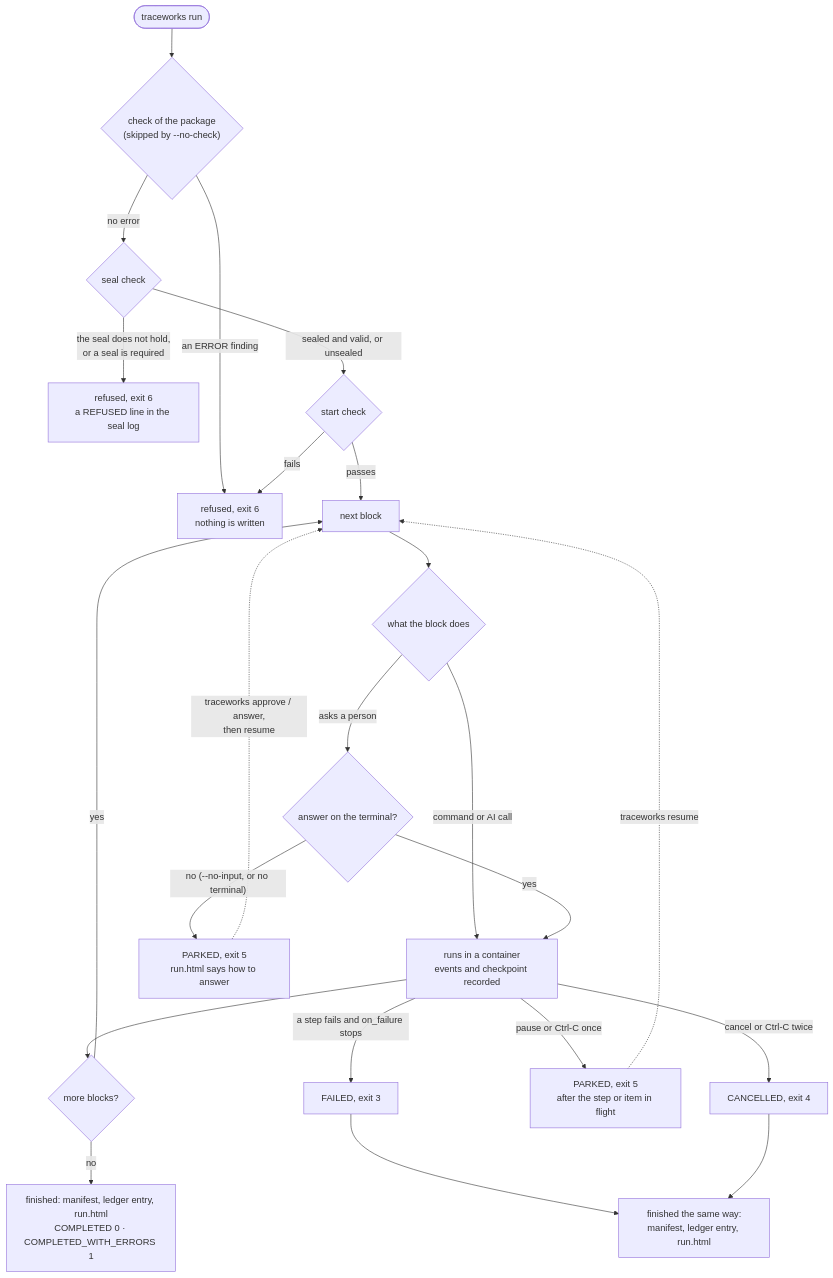
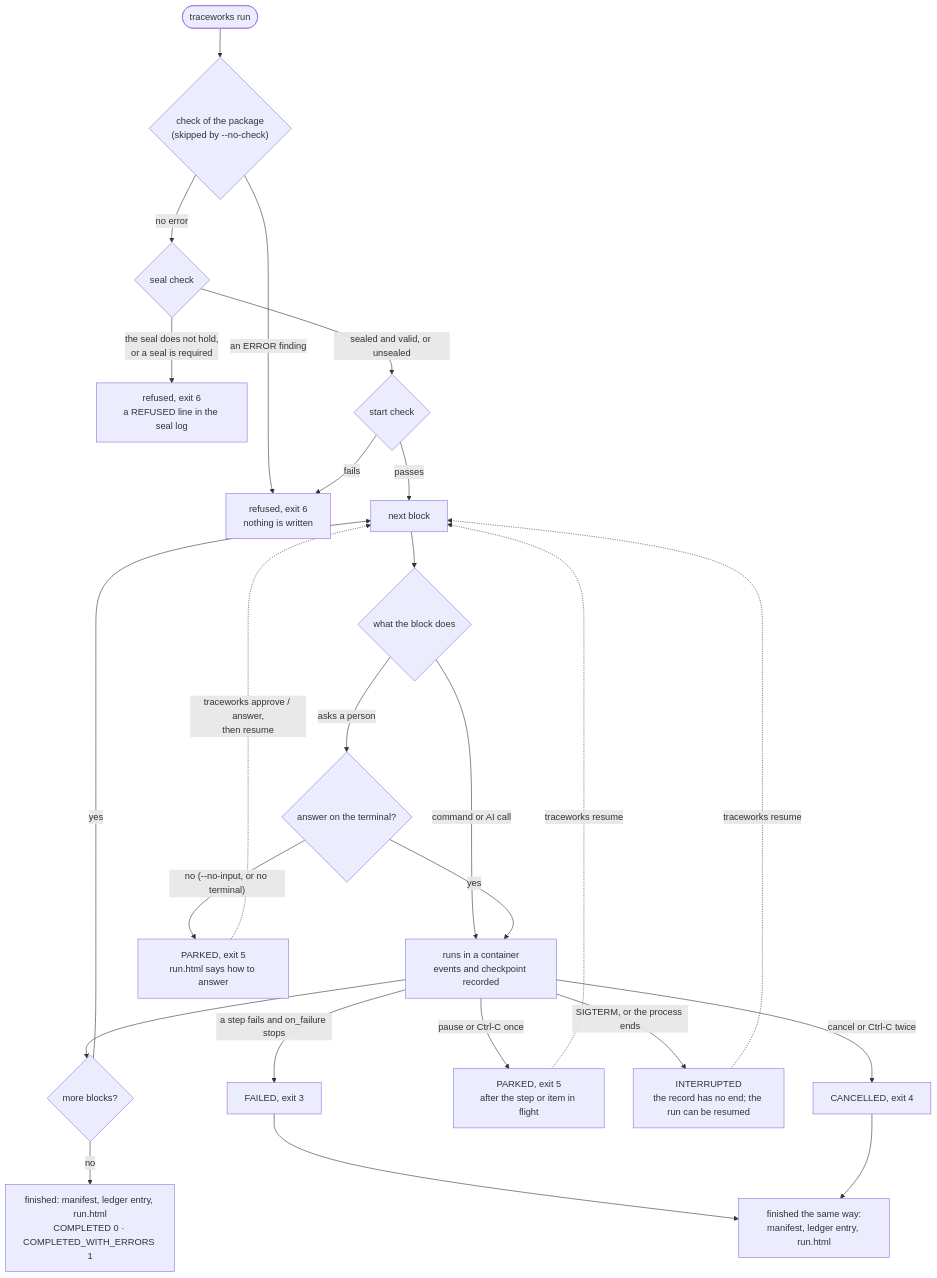
Before and after one commit to FLSEST/traceworks: the fourth of 4 diagrams in docs/architecture.md, drawn with Mermaid. The commit also changed other lines of this file, not shown here.

Commit message:
docs(architecture): core.register in the layer diagram, and the interrupted run in the diagram of a run

````diff
--- a/docs/architecture.md
+++ b/docs/architecture.md
@@ -364,25 +365,27 @@
 ```mermaid
 flowchart TD
     start(["traceworks run"]) --> analyze{"check of the package<br>(skipped by --no-check)"}
     analyze -- "an ERROR finding" --> refused["refused, exit 6<br>nothing is written"]
     analyze -- "no error" --> seal{"seal check"}
     seal -- "the seal does not hold,<br>or a seal is required" --> sealrefused["refused, exit 6<br>a REFUSED line in the seal log"]
     seal -- "sealed and valid, or unsealed" --> check{"start check"}
     check -- "fails" --> refused
     check -- "passes" --> step["next block"]
     step --> kind{"what the block does"}
     kind -- "command or AI call" --> run["runs in a container<br>events and checkpoint recorded"]
     kind -- "asks a person" --> ask{"answer on the terminal?"}
     ask -- "yes" --> run
     ask -- "no (--no-input, or no terminal)" --> parked["PARKED, exit 5<br>run.html says how to answer"]
     parked -. "traceworks approve / answer,<br>then resume" .-> step
     run --> next{"more blocks?"}
     next -- "yes" --> step
     next -- "no" --> done["finished: manifest, ledger entry, run.html<br>COMPLETED 0 · COMPLETED_WITH_ERRORS 1"]
     run -- "a step fails and on_failure stops" --> failed["FAILED, exit 3"]
     run -- "pause or Ctrl-C once" --> paused["PARKED, exit 5<br>after the step or item in flight"]
     paused -. "traceworks resume" .-> step
+    run -- "SIGTERM, or the process ends" --> interrupted["INTERRUPTED<br>the record has no end; the run can be resumed"]
+    interrupted -. "traceworks resume" .-> step
     run -- "cancel or Ctrl-C twice" --> cancelled["CANCELLED, exit 4"]
     failed --> sealed["finished the same way:<br>manifest, ledger entry, run.html"]
     cancelled --> sealed
 ```
````
